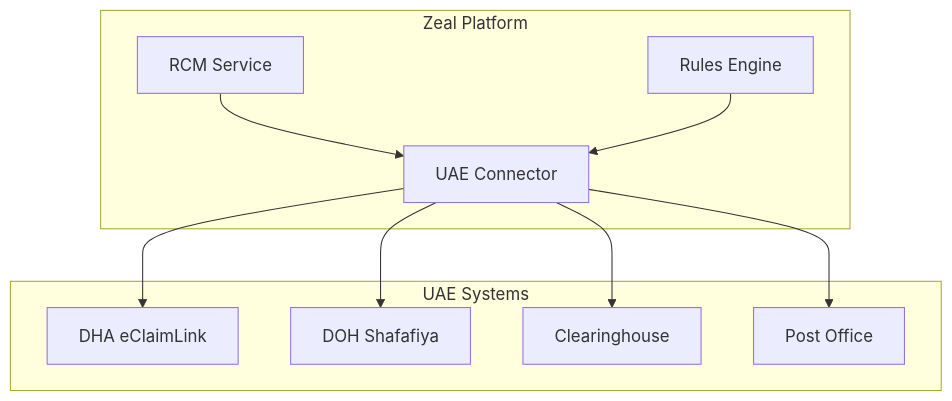
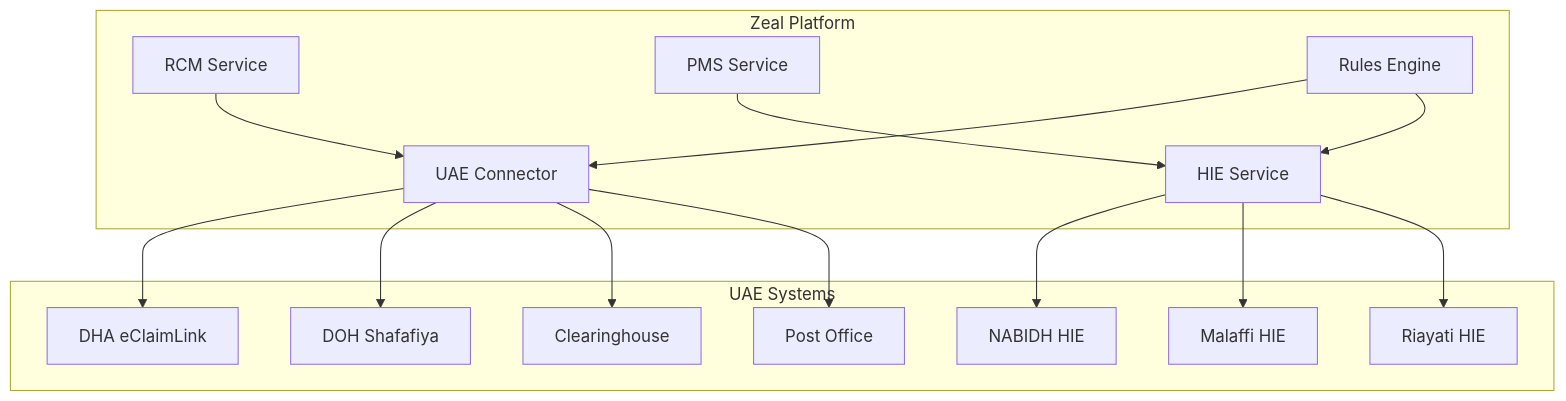
The first of 2 diagrams in docs/07-Integrations-UAE.md (daivahealth/athma-ce), drawn with Mermaid before and after one commit. The commit also changed other lines of this file and 3 other files, not shown here.

````diff
--- a/docs/07-Integrations-UAE.md
+++ b/docs/07-Integrations-UAE.md
@@ -11,22 +11,32 @@
 ```mermaid
 graph TB
     subgraph "Zeal Platform"
         RCM[RCM Service]
+        PMS[PMS Service]
         Rules[Rules Engine]
         Connector[UAE Connector]
+        HIE[HIE Service]
     end
     
     subgraph "UAE Systems"
         DHA[DHA eClaimLink]
         DOH[DOH Shafafiya]
+        NABIDH[NABIDH HIE]
+        Malaffi[Malaffi HIE]
+        Riayati[Riayati HIE]
         Clearinghouse[Clearinghouse]
         PostOffice[Post Office]
     end
     
     RCM --> Connector
+    PMS --> HIE
     Rules --> Connector
+    Rules --> HIE
     Connector --> DHA
     Connector --> DOH
     Connector --> Clearinghouse
     Connector --> PostOffice
+    HIE --> NABIDH
+    HIE --> Malaffi
+    HIE --> Riayati
 ```
````
